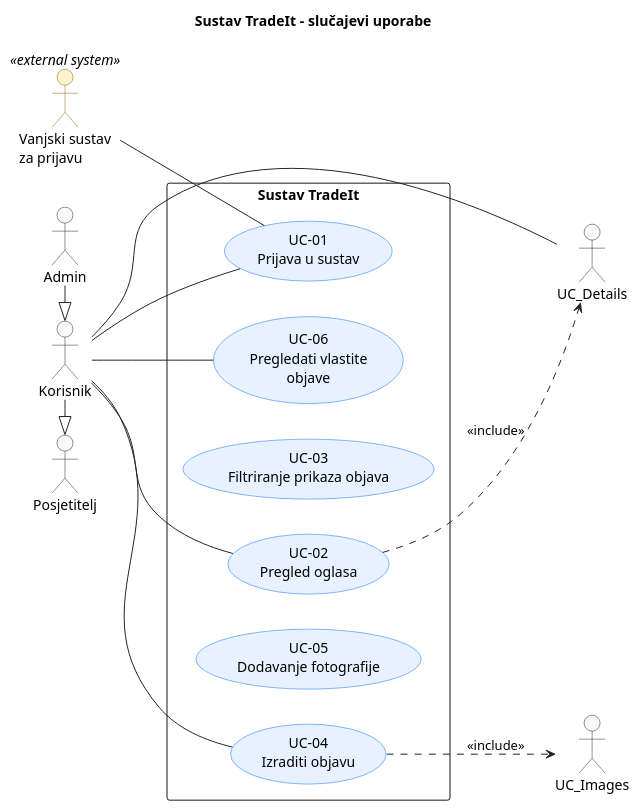
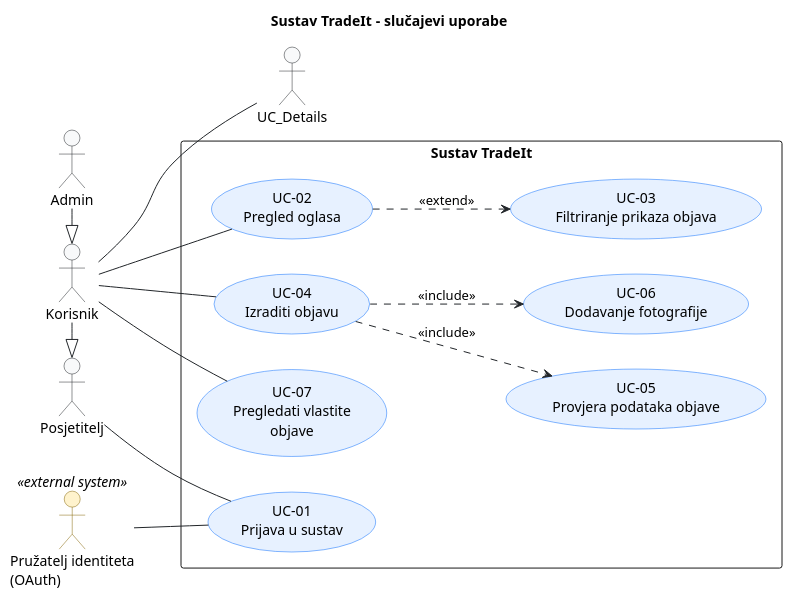
One commit to LDavorija/tradeit changed the diagram in docs/puml/use-case-diagram.puml. Above: the diagram before and after it, drawn with PlantUML.

```diff
--- a/docs/puml/use-case-diagram.puml
+++ b/docs/puml/use-case-diagram.puml
@@ -2,59 +2,61 @@
 @startuml
 title Sustav TradeIt - slučajevi uporabe
 left to right direction
 
 skinparam packageStyle rectangle
 skinparam shadowing false
 skinparam defaultFontName Arial
 skinparam ArrowColor #212529
 
 skinparam actor {
     BackgroundColor #F8F9FA
     BorderColor #212529
     BackgroundColor<<external system>> #FFF3CD
     BorderColor<<external system>> #856404
 }
 
 skinparam usecase {
     BackgroundColor #E7F1FF
     BorderColor #0D6EFD
 }
 ' Glavni aktori
 actor Visitor as "Posjetitelj"
 actor User as "Korisnik"
 actor Admin as "Admin"
 
 User -|> Visitor
 Admin -|> User
 
 
 ' Vanjski aktori
-actor Auth as "Vanjski sustav\nza prijavu" <<external system>>
+actor Auth as "Pružatelj identiteta\n(OAuth)" <<external system>>
 
 rectangle "Sustav TradeIt" {
 
      ' Pristup
     (UC-01\nPrijava u sustav) as UC_Login
 
     ' Prijave i karta
     (UC-02\nPregled oglasa) as UC_Browse
     (UC-03\nFiltriranje prikaza objava) as UC_Filter
     (UC-04\nIzraditi objavu) as UC_Create
-    (UC-05\nDodavanje fotografije) as UC_UploadPhoto
-    (UC-06\nPregledati vlastite\nobjave) as UC_MyPosts
+    (UC-05\nProvjera podataka objave) as UC_ValidatePost
+    (UC-06\nDodavanje fotografije) as UC_UploadPhoto
+    (UC-07\nPregledati vlastite\nobjave) as UC_MyPosts
     
 
 }
 
-User -- UC_Login
+Visitor -- UC_Login
 User -- UC_Browse
 User -- UC_Details
 User -- UC_Create
 User -- UC_MyPosts
 
 Auth -- UC_Login
 
-UC_Create ..> UC_Images : <<include>>
-UC_Browse ..> UC_Details : <<include>>
+UC_Create ..> UC_UploadPhoto : <<include>>
+UC_Create ..> UC_ValidatePost : <<include>>
+UC_Browse ..> UC_Filter : <<extend>>
 
 @enduml
```
